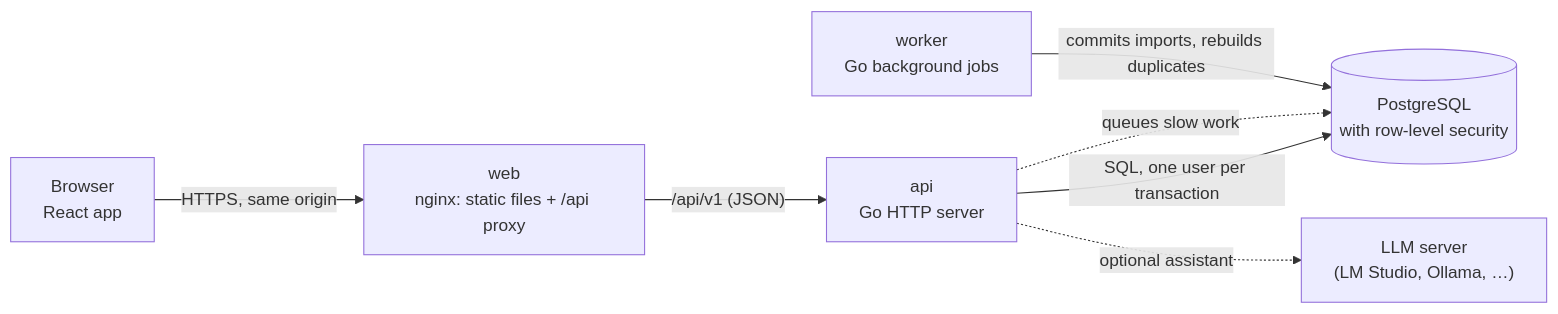
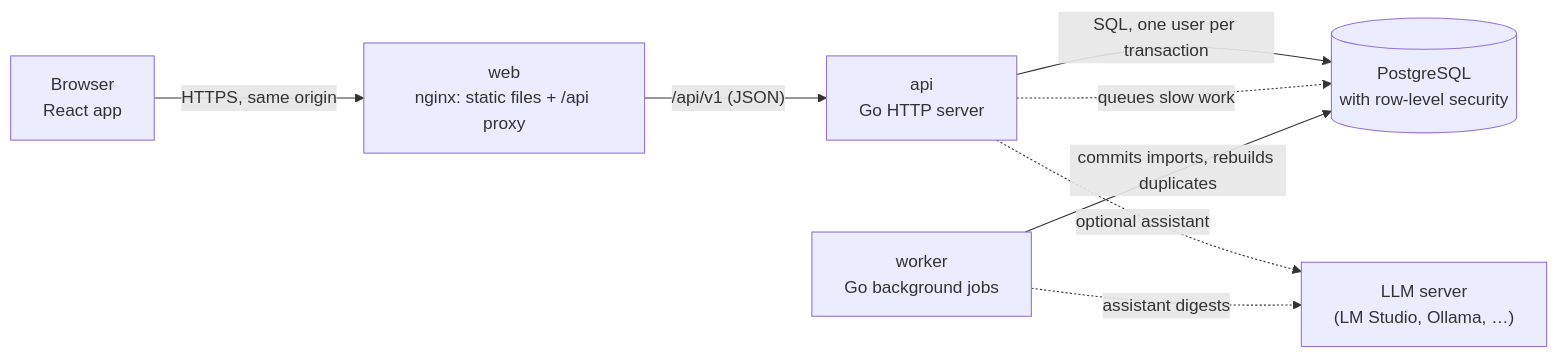
The diagram in README.md (x2db736ac85h/Finuance), drawn with Mermaid before and after one commit. The commit also changed other lines of this file and 2 other files, not shown here.

First line of the commit message:
docs: README, ARCHITECTURE and the docs index for Phase 19 and Phase 20 so far

````diff
--- a/README.md
+++ b/README.md
@@ -97,9 +102,10 @@
 ```mermaid
 flowchart LR
     browser["Browser<br/>React app"] -->|"HTTPS, same origin"| web["web<br/>nginx: static files + /api proxy"]
     web -->|"/api/v1 (JSON)"| api["api<br/>Go HTTP server"]
     api -->|"SQL, one user per transaction"| db[("PostgreSQL<br/>with row-level security")]
     api -.->|"queues slow work"| db
     worker["worker<br/>Go background jobs"] -->|"commits imports, rebuilds duplicates"| db
     api -.->|"optional assistant"| llm["LLM server<br/>(LM Studio, Ollama, …)"]
+    worker -.->|"assistant digests"| llm
 ```
````
